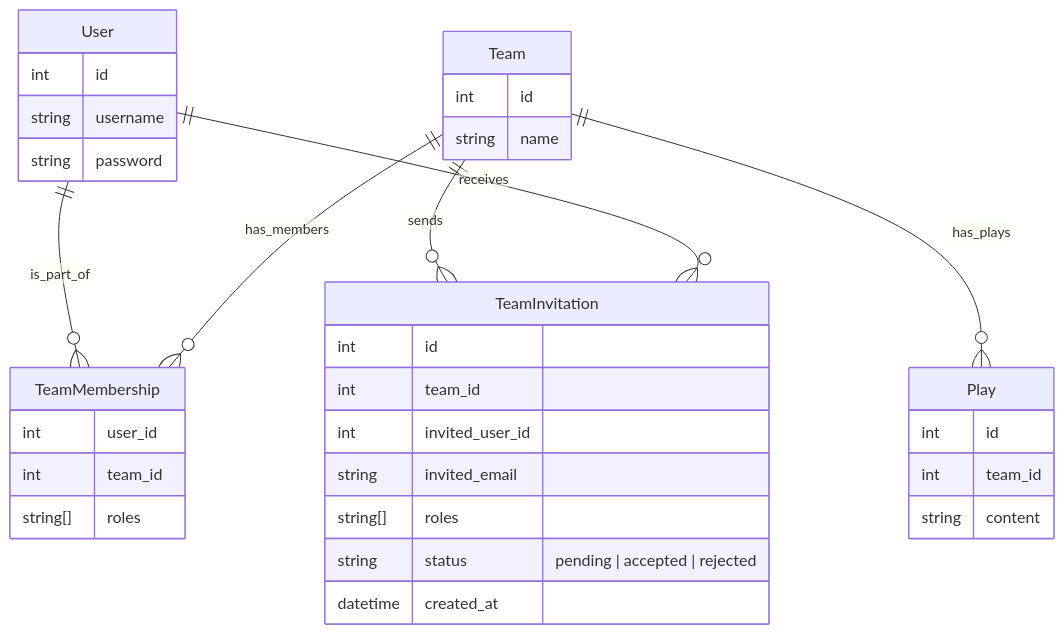
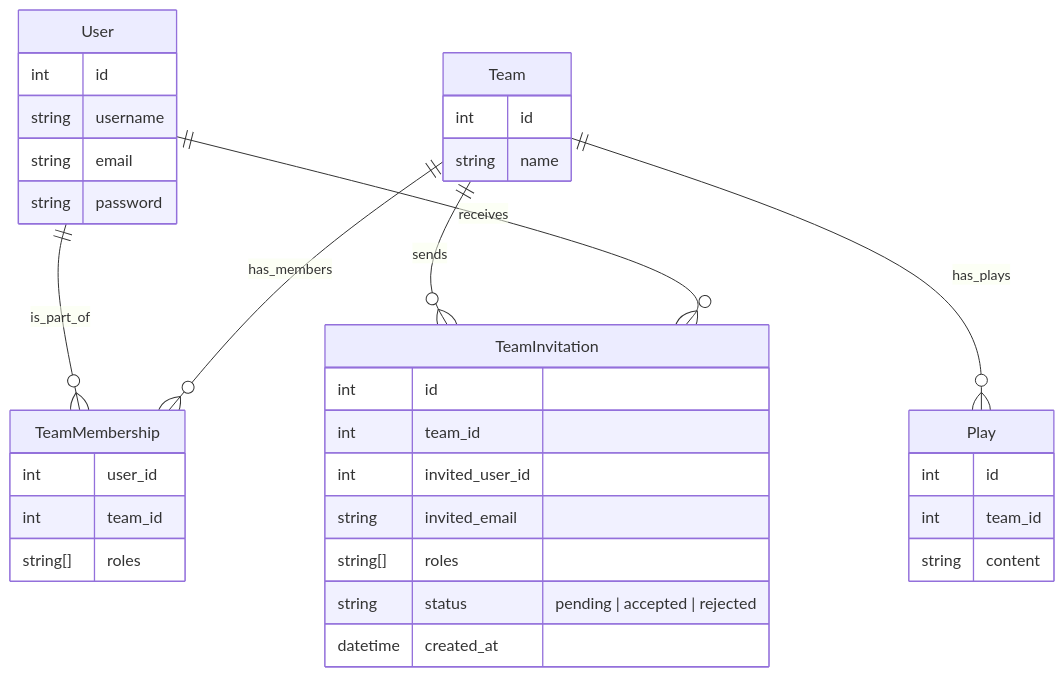
The diagram in README.md (Z-kk-0/football-website), drawn with Mermaid before and after one commit.

````diff
--- a/README.md
+++ b/README.md
@@ -99,47 +99,48 @@
 ```mermaid
 erDiagram
 
   User {
     int id
     string username
+    string email
     string password
   }
 
   Team {
     int id
     string name
   }
 
   TeamMembership {
     int user_id
     int team_id
     string[] roles
   }
 
   Play {
     int id
     int team_id
     string content
   }
 
   TeamInvitation {
     int id
     int team_id
     int invited_user_id
     string invited_email
     string[] roles
     string status  "pending | accepted | rejected"
     datetime created_at
   }
 
   User ||--o{ TeamMembership : is_part_of
   Team ||--o{ TeamMembership : has_members
 
   Team ||--o{ Play : has_plays
 
   Team ||--o{ TeamInvitation : sends
   User ||--o{ TeamInvitation : receives
 
 
 
 ```
````
